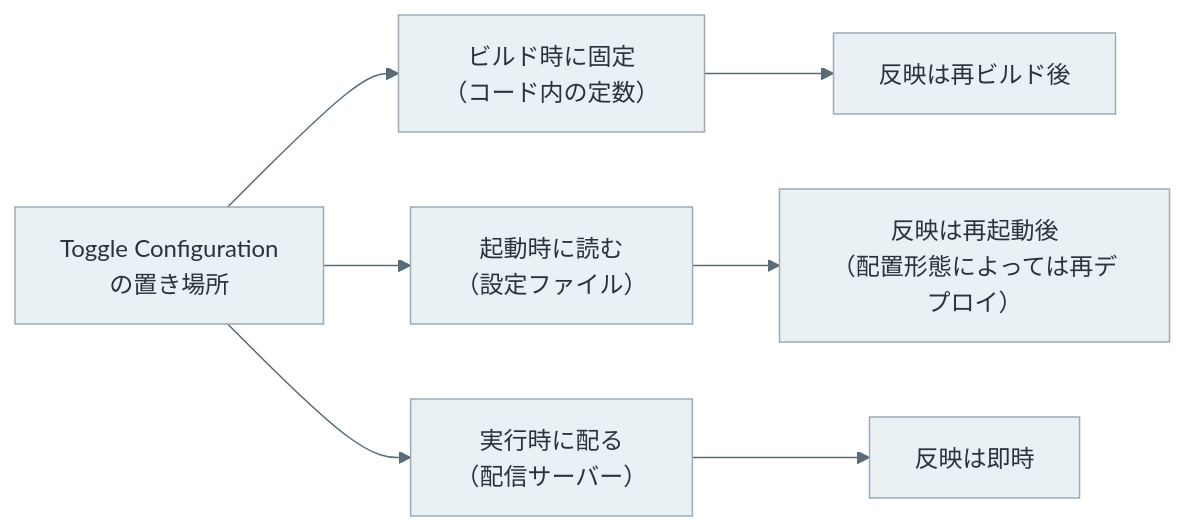
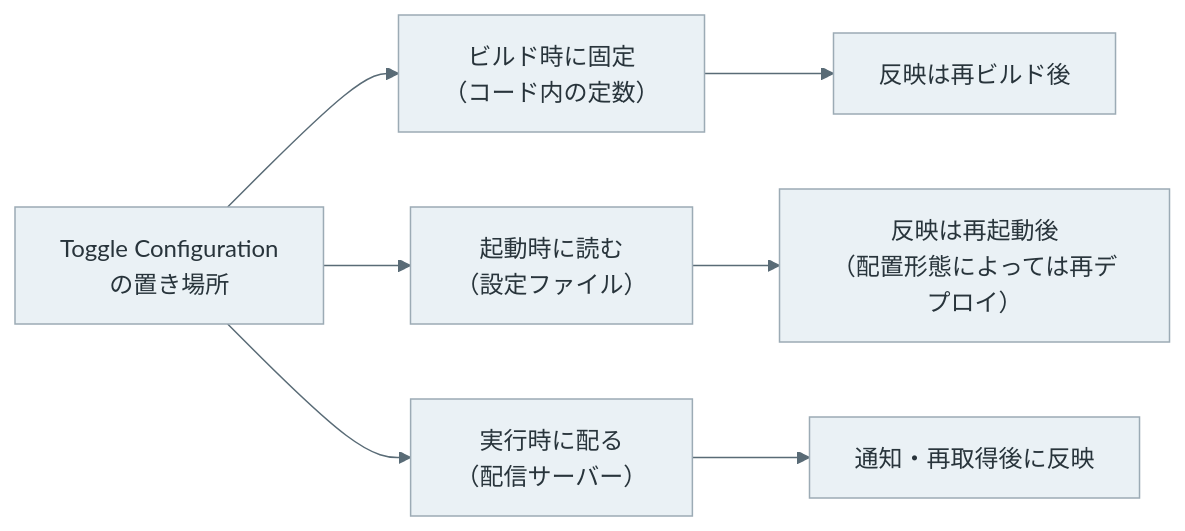
Before and after one commit to nao1215/debimate: the sixth of 6 diagrams in content/notes/software-architecture/feature-flag/index.md, drawn with Mermaid. The commit also changed other lines of this file and 138 other files, not shown here.

````diff
--- a/content/notes/software-architecture/feature-flag/index.md
+++ b/content/notes/software-architecture/feature-flag/index.md
@@ -191,11 +189,11 @@
 ```mermaid
 %%{init: {"theme":"base","themeVariables":{"primaryColor":"#eaf1f5","primaryTextColor":"#28343b","primaryBorderColor":"#9cabb5","lineColor":"#596b76","textColor":"#28343b","actorBkg":"#eaf1f5","actorBorder":"#9cabb5","actorTextColor":"#28343b","actorLineColor":"#9cabb5","signalColor":"#596b76","signalTextColor":"#28343b","noteBkgColor":"#f7f1e5","noteBorderColor":"#c5b99b","noteTextColor":"#403c32","activationBkgColor":"#edf3ef","activationBorderColor":"#9aafa1"}}}%%
 flowchart LR
     S["Toggle Configuration<br/>の置き場所"] --> P1["ビルド時に固定<br/>（コード内の定数）"]
     S --> P2["起動時に読む<br/>（設定ファイル）"]
     S --> P3["実行時に配る<br/>（配信サーバー）"]
     P1 --> E1["反映は再ビルド後"]
     P2 --> E2["反映は再起動後<br/>（配置形態によっては再デプロイ）"]
-    P3 --> E3["反映は即時"]
+    P3 --> E3["通知・再取得後に反映"]
     classDef default fill:#eaf1f5,stroke:#9cabb5,color:#28343b;
 ```
````
